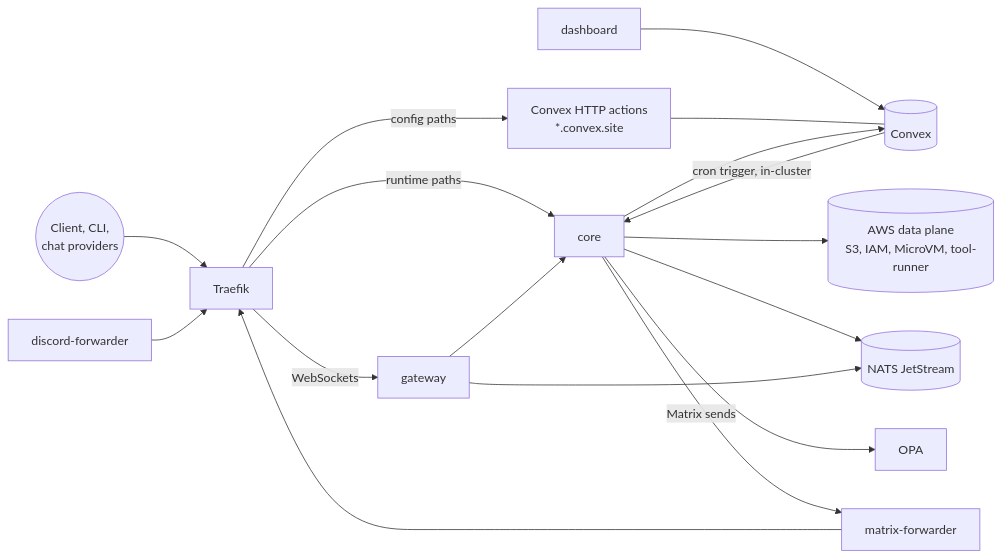
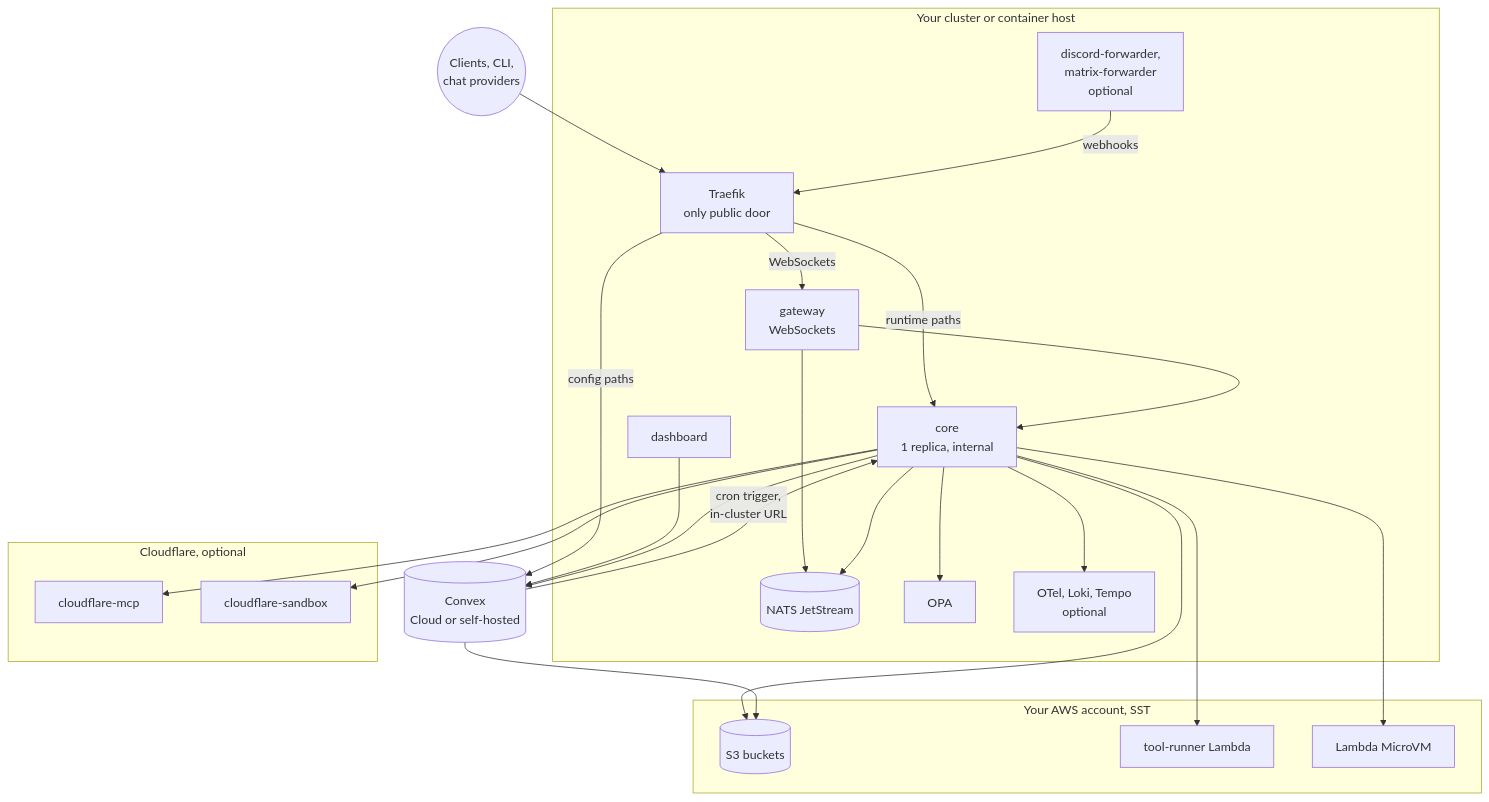
One commit to beeblastco/broods changed the first of 5 diagrams in apps/docs/docs/internals/self-hosting.md. Above: the diagram before and after it, drawn with Mermaid. The commit also changed other lines of this file and 22 other files, not shown here.

First line of the commit message:
docs: fold the Cloudflare pages into their sections, rewrite internals diagram-first (#1010)

````diff
--- a/apps/docs/docs/internals/self-hosting.md
+++ b/apps/docs/docs/internals/self-hosting.md
@@ -9,19 +7,48 @@
 ```mermaid
-flowchart LR
-  Client((Client, CLI,<br/>chat providers)) --> Traefik
-  Traefik -->|runtime paths| Core[core]
-  Traefik -->|config paths| Site["Convex HTTP actions<br/>*.convex.site"]
-  Traefik -->|WebSockets| Gateway[gateway]
+flowchart TB
+  Users(("Clients, CLI,<br/>chat providers"))
+
+  subgraph host["Your cluster or container host"]
+    Traefik["Traefik<br/>only public door"]
+    Core["core<br/>1 replica, internal"]
+    Gateway["gateway<br/>WebSockets"]
+    Dashboard["dashboard"]
+    NATS[("NATS JetStream")]
+    OPA["OPA"]
+    Obs["OTel, Loki, Tempo<br/>optional"]
+    Fwd["discord-forwarder,<br/>matrix-forwarder<br/>optional"]
+  end
+
+  Convex[("Convex<br/>Cloud or self-hosted")]
+
+  subgraph aws["Your AWS account, SST"]
+    S3[("S3 buckets")]
+    Lambda["tool-runner Lambda"]
+    MicroVM["Lambda MicroVM"]
+  end
+
+  subgraph cf["Cloudflare, optional"]
+    McpW["cloudflare-mcp"]
+    SbxW["cloudflare-sandbox"]
+  end
+
+  Users --> Traefik
+  Traefik -->|runtime paths| Core
+  Traefik -->|config paths| Convex
+  Traefik -->|WebSockets| Gateway
   Gateway --> Core
-  Dashboard[dashboard] --> Convex[(Convex)]
-  Site --- Convex
+  Gateway --> NATS
+  Dashboard --> Convex
   Core --> Convex
-  Core --> AWS[("AWS data plane<br/>S3, IAM, MicroVM, tool-runner")]
-  Core --> NATS[(NATS JetStream)]
-  Core --> OPA[OPA]
-  Gateway --> NATS
-  DFwd[discord-forwarder] --> Traefik
-  MFwd[matrix-forwarder] --> Traefik
-  Core -->|Matrix sends| MFwd
-  Convex -->|cron trigger, in-cluster| Core
+  Convex -->|"cron trigger,<br/>in-cluster URL"| Core
+  Core --> NATS
+  Core --> OPA
+  Core --> Obs
+  Core --> S3
+  Core --> Lambda
+  Core --> MicroVM
+  Convex --> S3
+  Fwd -->|webhooks| Traefik
+  Core --> McpW
+  Core --> SbxW
 ```
````
